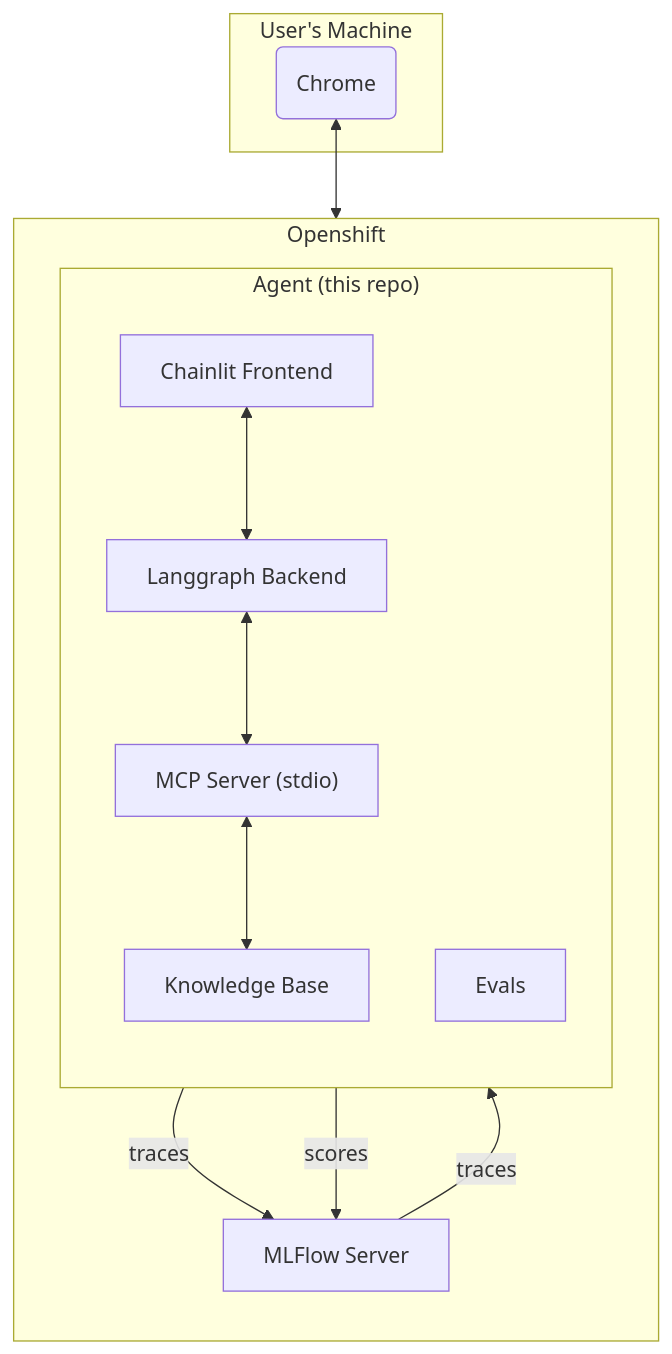
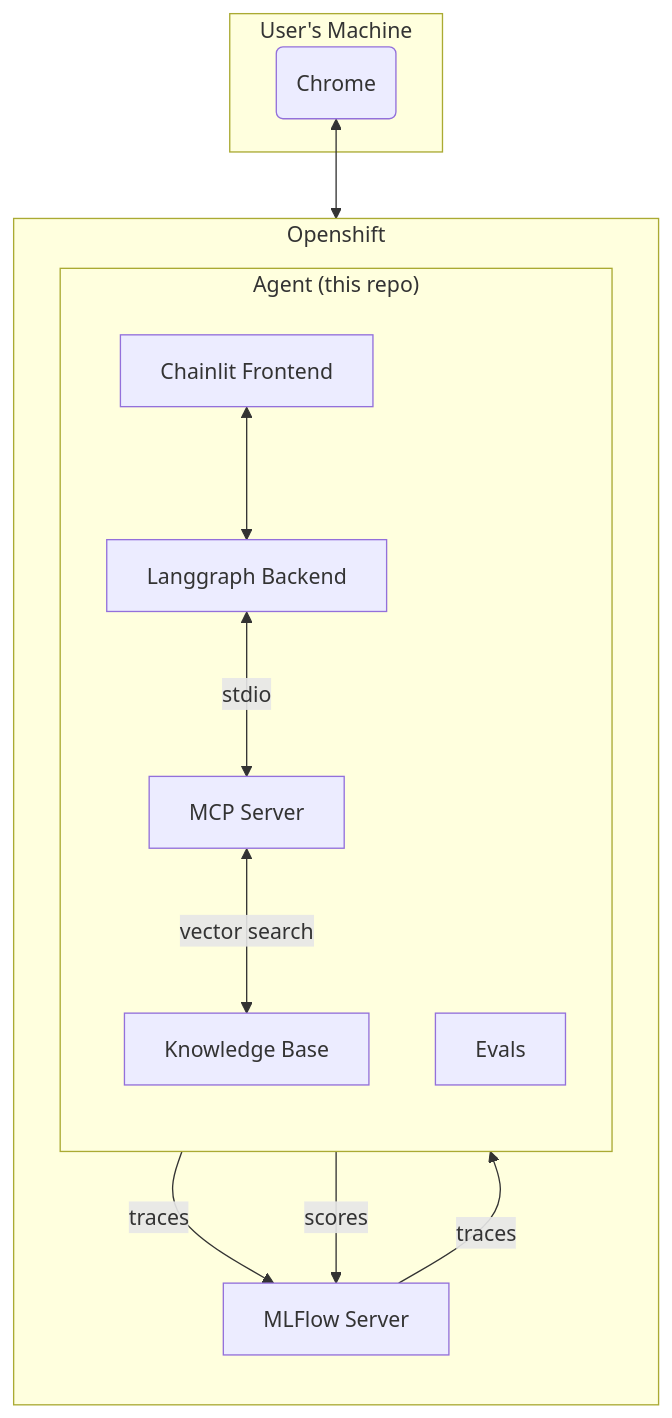
The diagram in README.md (etirelli/demo_mlflow_agent_tracing), drawn with Mermaid before and after one commit. The commit also changed other lines of this file, not shown here.

````diff
--- a/README.md
+++ b/README.md
@@ -17,25 +17,25 @@
 ```mermaid
 graph TD
     subgraph Openshift
         direction TB
-        A[MLFlow Server]
         subgraph E ["Agent (this repo)"]
             direction TB
             C[Chainlit Frontend]
             B[Langgraph Backend]
-            F["MCP Server (stdio)"]
+            F[MCP Server]
             G[Knowledge Base]
             C <--> B
-            B <--> F
-            F <--> G
+            B <-- stdio --> F
+            F <-- vector search --> G
             H[Evals]
         end
+        A[MLFlow Server]
         B -- traces --> A
         A -- traces --> H
         H -- scores --> A
     end
     subgraph User's Machine
         D(Chrome) <--> C
     end
     
 ```
````
